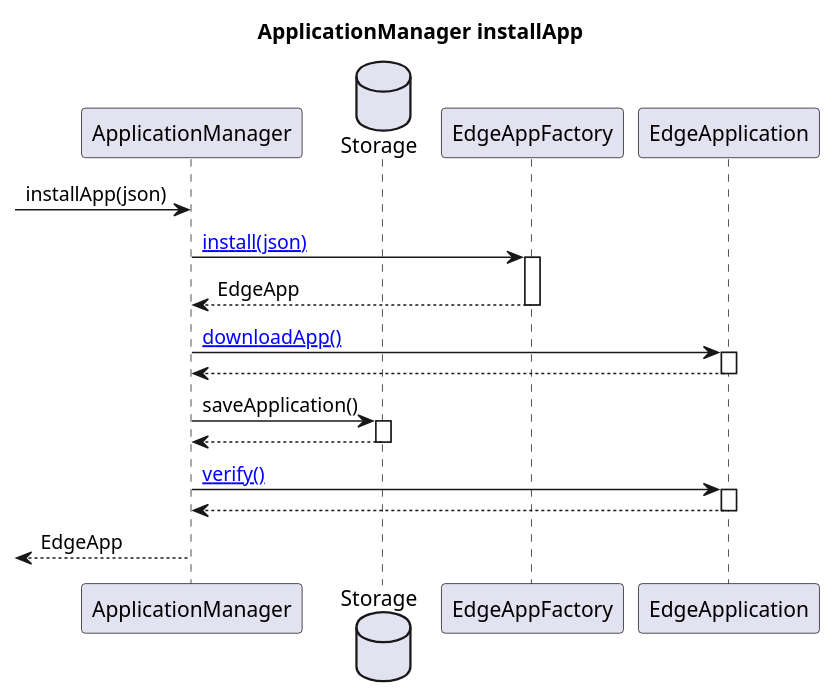
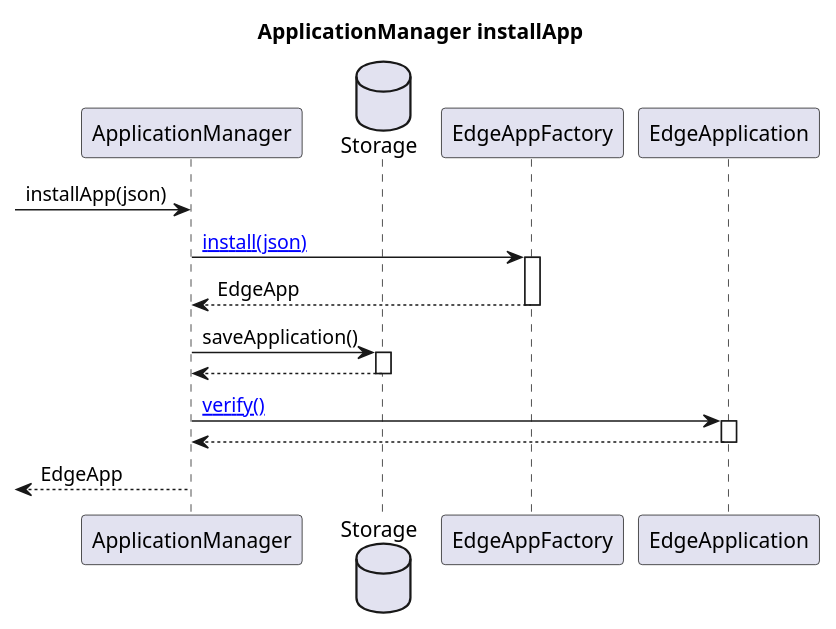
One commit to se-edge/framework-diagrams changed the diagram in ApplicationManager/installApp.puml. Above: the diagram before and after it, drawn with PlantUML. The commit also changed 7 other files, not shown here.

Commit message:
update boot sequence diagram

```diff
--- a/ApplicationManager/installApp.puml
+++ b/ApplicationManager/installApp.puml
@@ -1,25 +1,22 @@
 @startuml
 title "ApplicationManager installApp"
 
 participant ApplicationManager as AM
 database Storage as Stor
 participant EdgeAppFactory as EAF
 participant EdgeApplication as EApp
 
 [->AM: installApp(json)
 
-
 AM->EAF ++: [[http://www.plantuml.com/plantuml/proxy?cache=no&src=https://raw.githubusercontent.com/se-edge/diagrams/develop/ApplicationManager/EdgeAppFactory.install.puml&fmt=svg install(json)]]
 EAF-->AM --: EdgeApp
 
-AM->EApp ++: [[http://www.plantuml.com/plantuml/proxy?cache=no&src=https://raw.githubusercontent.com/se-edge/diagrams/develop/ApplicationManager/ComposeApplication.downloadApp.puml&fmt=svg downloadApp()]]
-EApp-->AM --:
-
 AM->Stor ++: saveApplication()
 Stor-->AM --:
+
 
 AM->EApp ++: [[http://www.plantuml.com/plantuml/proxy?cache=no&src=https://raw.githubusercontent.com/se-edge/diagrams/develop/ApplicationManager/ComposeApplication.verify.puml&fmt=svg verify()]]
 EApp-->AM --:
 
 AM-->[: EdgeApp
 @enduml
```
